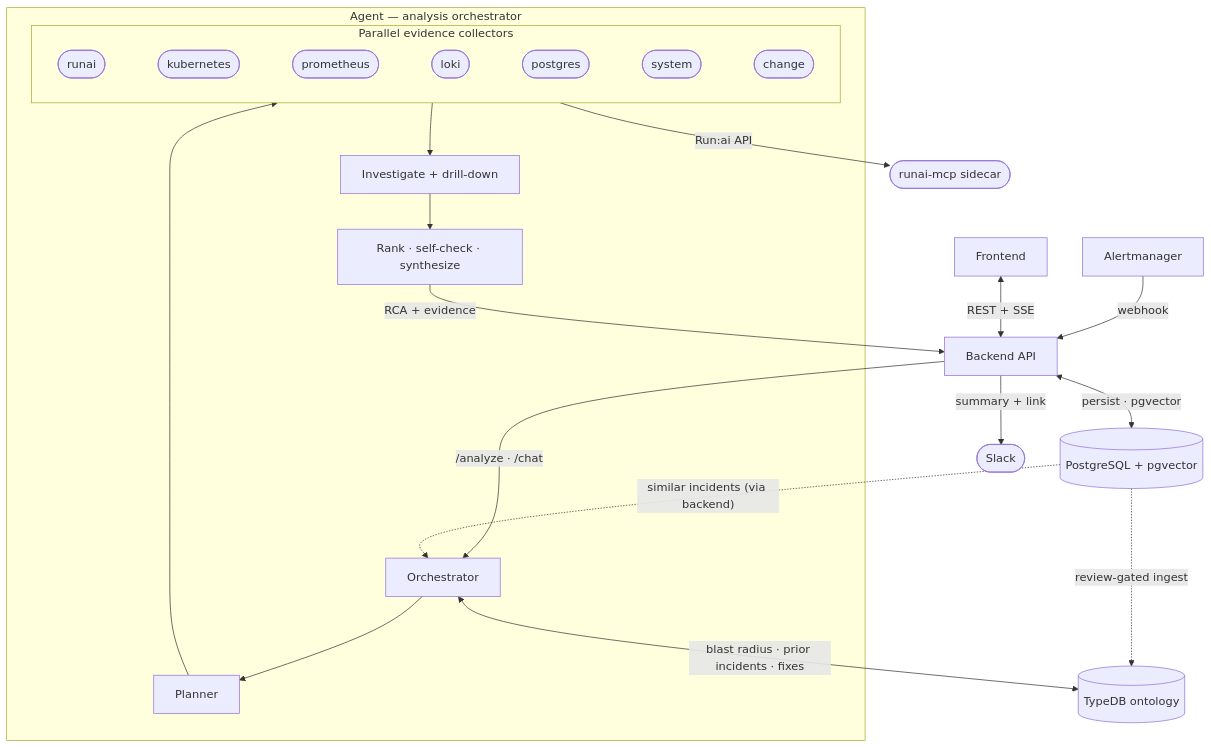
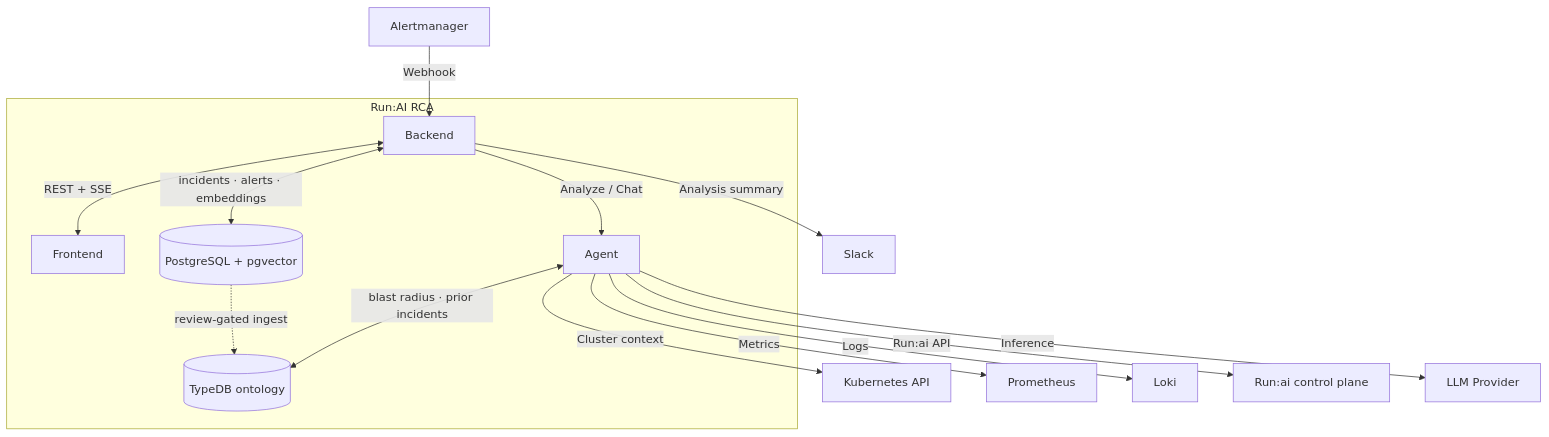
The diagram in README.md (uclix-nvidia-sw/runaiRCA), drawn with Mermaid before and after one commit. The commit also changed other lines of this file and 1 other file, not shown here.

Commit message:
docs: redraw the Architecture overview as a clean component diagram
Reworked to the KubeRCA-style component/dependency layout the team
prefers: a "Run:AI RCA" box grouping the owned components (Frontend,
Backend, Agent, PostgreSQL+pgvector, TypeDB), with external systems
outside — Alertmanager (webhook in), Slack (summary out), and the Agent's
evidence sources in a bottom row (Kubernetes / Prometheus / Loki / Run:ai
control plane / LLM Provider) each on a labeled edge. Balanced 2D layout
instead of a tall pipeline chain; the step-by-step flow stays in the RCA
Pipeline doc. Prose intro reframed to match. EN + KO identical.

````diff
--- a/README.md
+++ b/README.md
@@ -25,24 +25,24 @@
 ```mermaid
-flowchart TD
-  AM[Alertmanager] -->|webhook| BE[Backend API]
-  FE[Frontend] <-->|REST + SSE| BE
-  BE <-->|"persist · pgvector"| DB[(PostgreSQL + pgvector)]
-  BE -->|"summary + link"| SLACK([Slack])
-  BE -->|"/analyze · /chat"| ORCH
+flowchart TB
+  AM[Alertmanager] -->|Webhook| BE
 
-  subgraph AG["Agent — analysis orchestrator"]
-    ORCH[Orchestrator] --> PLAN[Planner] --> COLL
-    subgraph COLL["Parallel evidence collectors"]
-      direction LR
-      RA([runai]) ~~~ KA([kubernetes]) ~~~ PA([prometheus]) ~~~ LA([loki]) ~~~ DBA([postgres]) ~~~ SA([system]) ~~~ CA([change])
-    end
-    COLL --> INV["Investigate + drill-down"]
-    INV --> SYN["Rank · self-check · synthesize"]
+  subgraph SYS["Run:AI RCA"]
+    FE[Frontend]
+    BE[Backend]
+    AG[Agent]
+    DB[(PostgreSQL + pgvector)]
+    KG[(TypeDB ontology)]
+    BE <-->|REST + SSE| FE
+    BE -->|"Analyze / Chat"| AG
+    BE <-->|"incidents · alerts · embeddings"| DB
+    AG <-->|"blast radius · prior incidents"| KG
+    DB -.->|review-gated ingest| KG
   end
 
-  DB -.->|"similar incidents (via backend)"| ORCH
-  ORCH <-->|"blast radius · prior incidents · fixes"| KG[(TypeDB ontology)]
-  COLL -->|"Run:ai API"| MCP([runai-mcp sidecar])
-  SYN -->|"RCA + evidence"| BE
-  DB -.->|"review-gated ingest"| KG
+  BE -->|Analysis summary| SLACK[Slack]
+  AG -->|Cluster context| K8S[Kubernetes API]
+  AG -->|Metrics| PROM[Prometheus]
+  AG -->|Logs| LOKI[Loki]
+  AG -->|"Run:ai API"| RUNAI[Run:ai control plane]
+  AG -->|Inference| LLM[LLM Provider]
 ```
````
